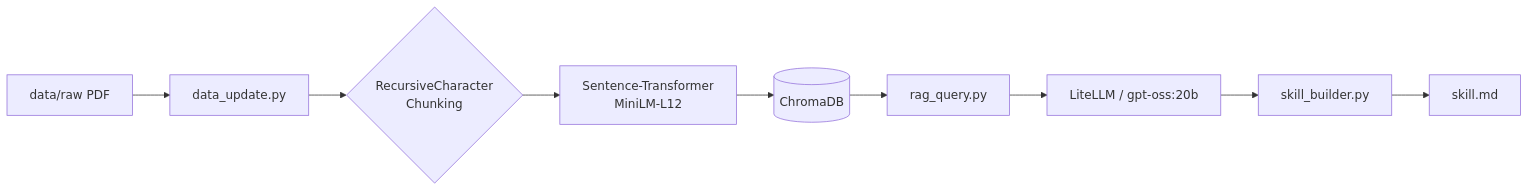
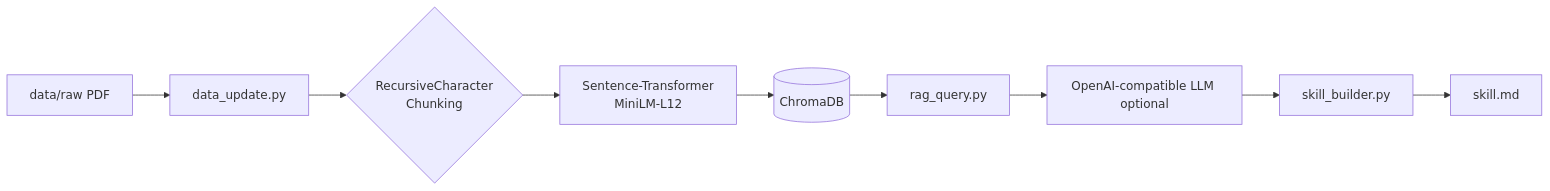
The diagram in README.md (ken0419326/RAG-based-Research-Agent-Pipeline), drawn with Mermaid before and after one commit. The commit also changed other lines of this file and 13 other files, not shown here.

````diff
--- a/README.md
+++ b/README.md
@@ -13,11 +13,11 @@
 ```mermaid
 graph LR
     A[data/raw PDF] --> B[data_update.py]
     B --> C{RecursiveCharacter\nChunking}
     C --> D[Sentence-Transformer\nMiniLM-L12]
     D --> E[(ChromaDB)]
     E --> F[rag_query.py]
-    F --> G[LiteLLM / gpt-oss:20b]
+    F --> G[OpenAI-compatible LLM optional]
     G --> H[skill_builder.py]
     H --> I[skill.md]
 ```
````
